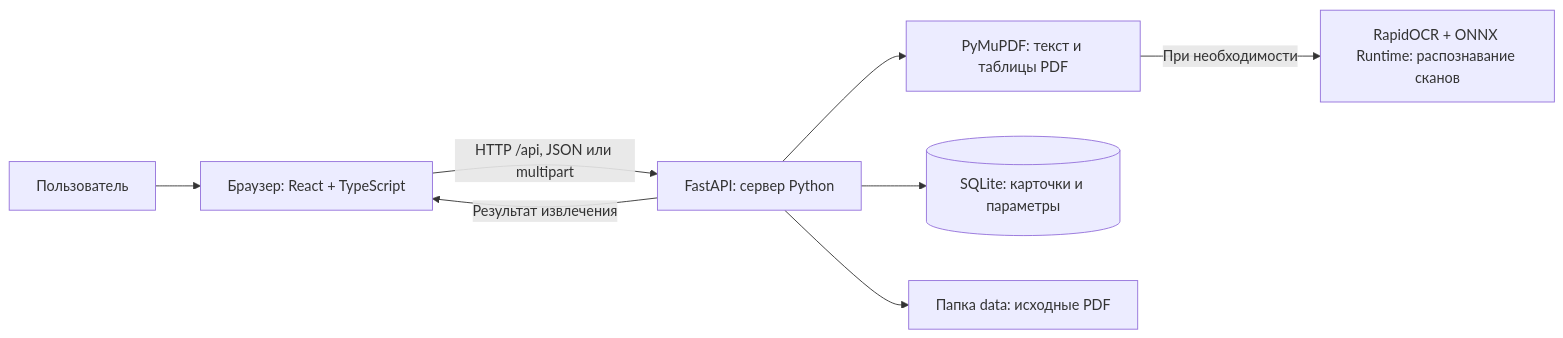
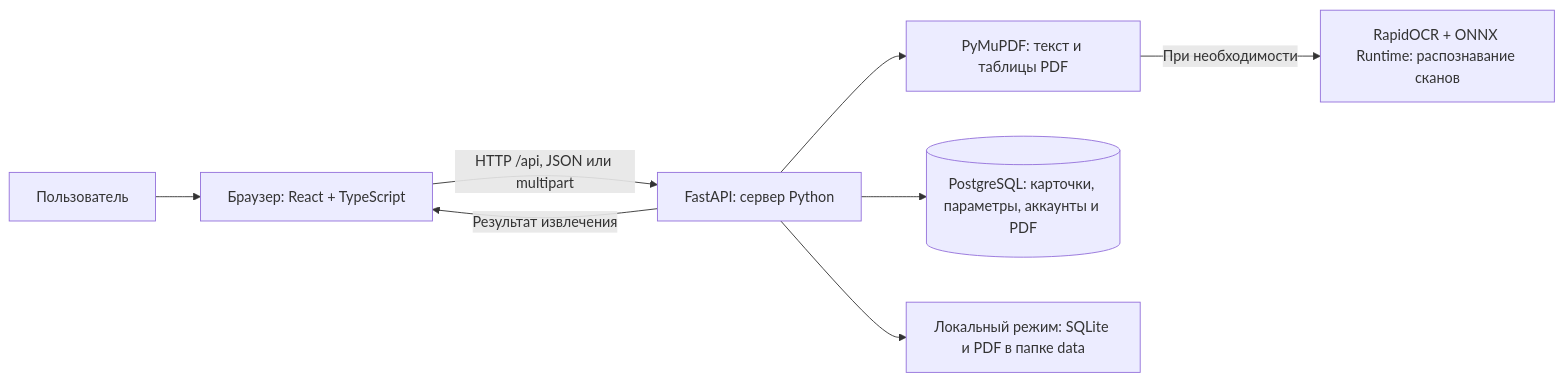
One commit to maksimilli/airtmn changed the first of 2 diagrams in docs/TECHNICAL_GUIDE.md. Above: the diagram before and after it, drawn with Mermaid. The commit also changed other lines of this file and 6 other files, not shown here.

Commit message:
Prepare PostgreSQL deployment on Hugging Face Spaces and Neon

````diff
--- a/docs/TECHNICAL_GUIDE.md
+++ b/docs/TECHNICAL_GUIDE.md
@@ -13,10 +13,10 @@
 ```mermaid
 flowchart LR
   U[Пользователь] --> UI[Браузер: React + TypeScript]
   UI -->|HTTP /api, JSON или multipart| API[FastAPI: сервер Python]
   API --> P[PyMuPDF: текст и таблицы PDF]
   P -->|При необходимости| O[RapidOCR + ONNX Runtime: распознавание сканов]
-  API --> DB[(SQLite: карточки и параметры)]
-  API --> FILES[Папка data: исходные PDF]
+  API --> DB[(PostgreSQL: карточки, параметры, аккаунты и PDF)]
+  API --> FILES[Локальный режим: SQLite и PDF в папке data]
   API -->|Результат извлечения| UI
 ```
````
